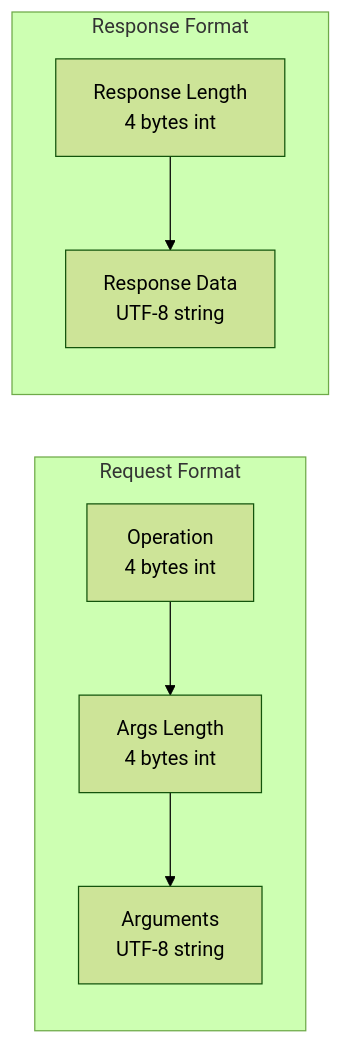
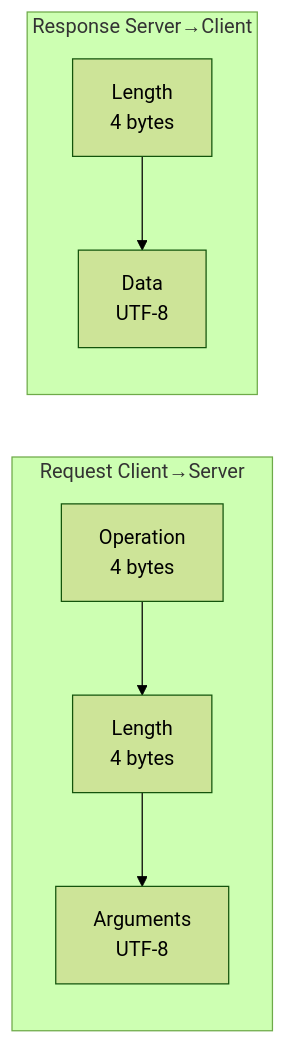
The second of 3 diagrams in README.md (gchape/mudis), drawn with Mermaid (forest theme) before and after one commit. The commit also changed other lines of this file, not shown here.

First line of the commit message:
docs: update README for multi-module architecture and SHOW operation

````diff
--- a/README.md
+++ b/README.md
@@ -97,11 +54,11 @@
 ```mermaid
 graph LR
-    subgraph "Request Format"
-        OP[Operation<br/>4 bytes int] --> SIZE[Args Length<br/>4 bytes int]
-        SIZE --> ARGS[Arguments<br/>UTF-8 string]
+    subgraph "Request Client→Server"
+        OP[Operation<br/>4 bytes] --> LEN[Length<br/>4 bytes]
+        LEN --> ARGS[Arguments<br/>UTF-8]
     end
     
-    subgraph "Response Format"
-        RSIZE[Response Length<br/>4 bytes int] --> RDATA[Response Data<br/>UTF-8 string]
+    subgraph "Response Server→Client"
+        RLEN[Length<br/>4 bytes] --> RDATA[Data<br/>UTF-8]
     end
 ```
````
